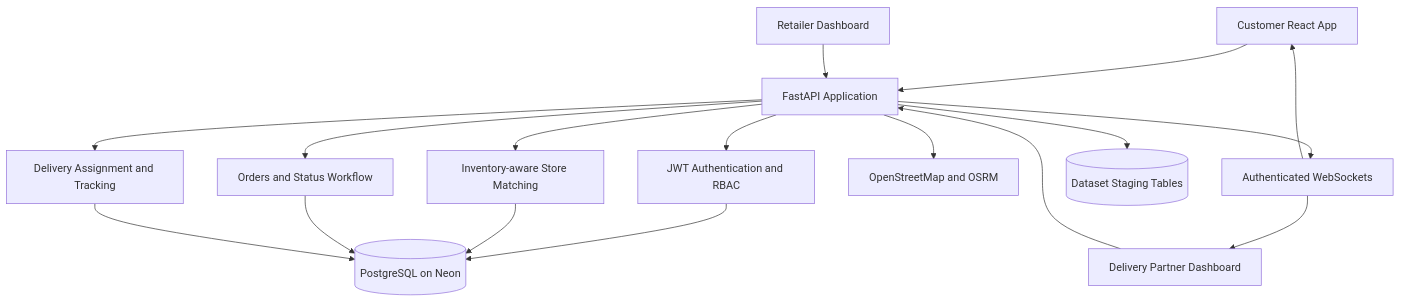
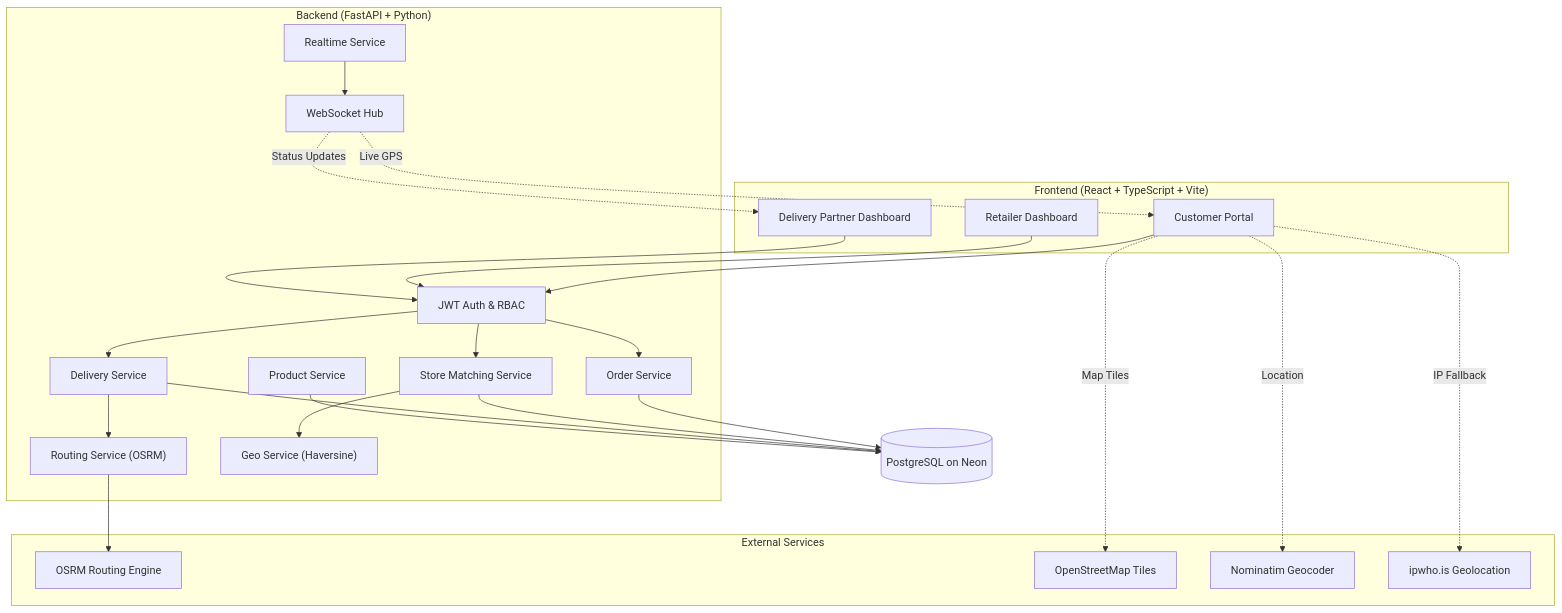
The first of 2 diagrams in README.md (kapil31jangid/Dukaan2Door), drawn with Mermaid before and after one commit. The commit also changed other lines of this file and 6 other files, not shown here.

````diff
--- a/README.md
+++ b/README.md
@@ -74,32 +119,49 @@
 ```mermaid
 flowchart TB
-    Customer[Customer React App]
-    Retailer[Retailer Dashboard]
-    Partner[Delivery Partner Dashboard]
-    API[FastAPI Application]
-    Auth[JWT Authentication and RBAC]
-    Matching[Inventory-aware Store Matching]
-    Orders[Orders and Status Workflow]
-    Delivery[Delivery Assignment and Tracking]
-    Routing[OpenStreetMap and OSRM]
-    WS[Authenticated WebSockets]
-    DB[(PostgreSQL on Neon)]
-    Staging[(Dataset Staging Tables)]
+    subgraph Frontend["Frontend (React + TypeScript + Vite)"]
+        Customer["Customer Portal"]
+        Retailer["Retailer Dashboard"]
+        Partner["Delivery Partner Dashboard"]
+    end
 
-    Customer --> API
-    Retailer --> API
-    Partner --> API
-    API --> Auth
-    API --> Matching
-    API --> Orders
-    API --> Delivery
-    API --> Routing
-    API --> WS
-    Auth --> DB
-    Matching --> DB
-    Orders --> DB
-    Delivery --> DB
-    API --> Staging
-    WS --> Customer
-    WS --> Partner
+    subgraph Backend["Backend (FastAPI + Python)"]
+        Auth["JWT Auth & RBAC"]
+        OrderSvc["Order Service"]
+        MatchSvc["Store Matching Service"]
+        DeliverySvc["Delivery Service"]
+        RouteSvc["Routing Service (OSRM)"]
+        GeoSvc["Geo Service (Haversine)"]
+        ProductSvc["Product Service"]
+        RealtimeSvc["Realtime Service"]
+        WS["WebSocket Hub"]
+    end
+
+    subgraph External["External Services"]
+        OSRM["OSRM Routing Engine"]
+        OSM["OpenStreetMap Tiles"]
+        Nominatim["Nominatim Geocoder"]
+        IPGeo["ipwho.is Geolocation"]
+    end
+
+    DB[("PostgreSQL on Neon")]
+
+    Customer --> Auth
+    Retailer --> Auth
+    Partner --> Auth
+    Auth --> OrderSvc
+    Auth --> MatchSvc
+    Auth --> DeliverySvc
+    OrderSvc --> DB
+    MatchSvc --> DB
+    MatchSvc --> GeoSvc
+    DeliverySvc --> DB
+    DeliverySvc --> RouteSvc
+    RouteSvc --> OSRM
+    ProductSvc --> DB
+    RealtimeSvc --> WS
+    WS -.->|"Live GPS"| Customer
+    WS -.->|"Status Updates"| Partner
+    Customer -.->|"Map Tiles"| OSM
+    Customer -.->|"Location"| Nominatim
+    Customer -.->|"IP Fallback"| IPGeo
 ```
````
